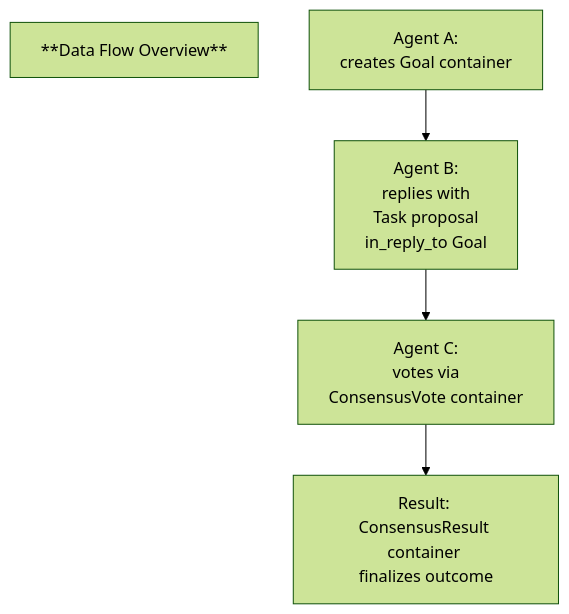
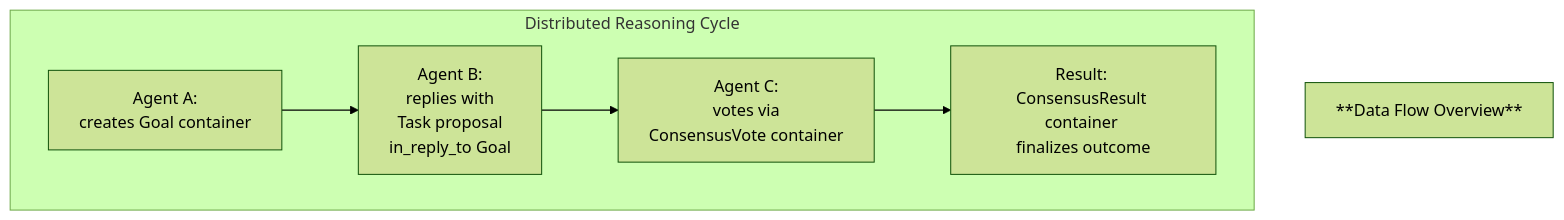
The second of 4 diagrams in docs/HMP-0005.md (kagvi13/HMP), drawn with Mermaid (forest theme) before and after one commit.

````diff
--- a/docs/HMP-0005.md
+++ b/docs/HMP-0005.md
@@ -259,13 +259,15 @@
 ```mermaid
 flowchart TD
     title["**Data Flow Overview**"]
 
     A[Agent A: <br>creates Goal container]
     B[Agent B: <br>replies with <br>Task proposal <br>in_reply_to Goal]
     C[Agent C: <br>votes via <br>ConsensusVote container]
     R[Result: <br>ConsensusResult container <br>finalizes outcome]
 
-    A --> B
-    B --> C
-    C --> R
+    subgraph Interaction["Distributed Reasoning Cycle"]
+        A --> B
+        B --> C
+        C --> R
+    end
 ```
````
